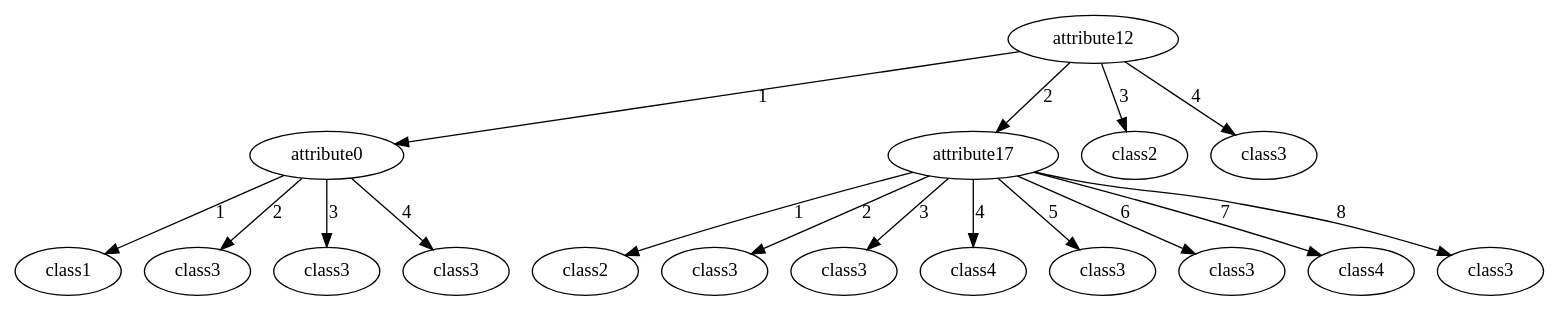
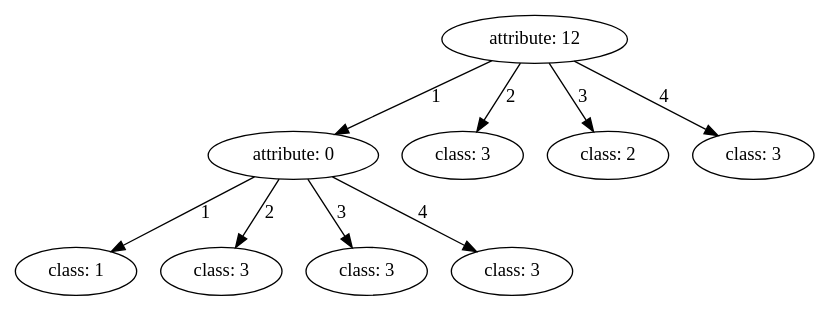
Before and after one commit to 11D-Beyonder/Machine-Learning-Coursework: the diagram in decision_tree/submit/image/post_pruning-Gain-lymphography.gv, drawn with Graphviz. The commit also changed 41 other files, not shown here.

```diff
--- a/decision_tree/submit/image/post_pruning-Gain-lymphography.gv
+++ b/decision_tree/submit/image/post_pruning-Gain-lymphography.gv
@@ -1,35 +1,19 @@
 digraph {
-	1 [label=attribute12]
+	1 [label="attribute: 12"]
 	1 -> 2 [label=1]
-	2 [label=attribute0]
+	2 [label="attribute: 0"]
 	2 -> 3 [label=1]
-	3 [label=class1]
+	3 [label="class: 1"]
 	2 -> 4 [label=2]
-	4 [label=class3]
+	4 [label="class: 3"]
 	2 -> 5 [label=3]
-	5 [label=class3]
+	5 [label="class: 3"]
 	2 -> 6 [label=4]
-	6 [label=class3]
+	6 [label="class: 3"]
 	1 -> 7 [label=2]
-	7 [label=attribute17]
-	7 -> 8 [label=1]
-	8 [label=class2]
-	7 -> 22 [label=2]
-	22 [label=class3]
-	7 -> 31 [label=3]
-	31 [label=class3]
-	7 -> 32 [label=4]
-	32 [label=class4]
-	7 -> 37 [label=5]
-	37 [label=class3]
-	7 -> 38 [label=6]
-	38 [label=class3]
-	7 -> 39 [label=7]
-	39 [label=class4]
-	7 -> 42 [label=8]
-	42 [label=class3]
-	1 -> 43 [label=3]
-	43 [label=class2]
-	1 -> 74 [label=4]
-	74 [label=class3]
+	7 [label="class: 3"]
+	1 -> 41 [label=3]
+	41 [label="class: 2"]
+	1 -> 76 [label=4]
+	76 [label="class: 3"]
 }
```
